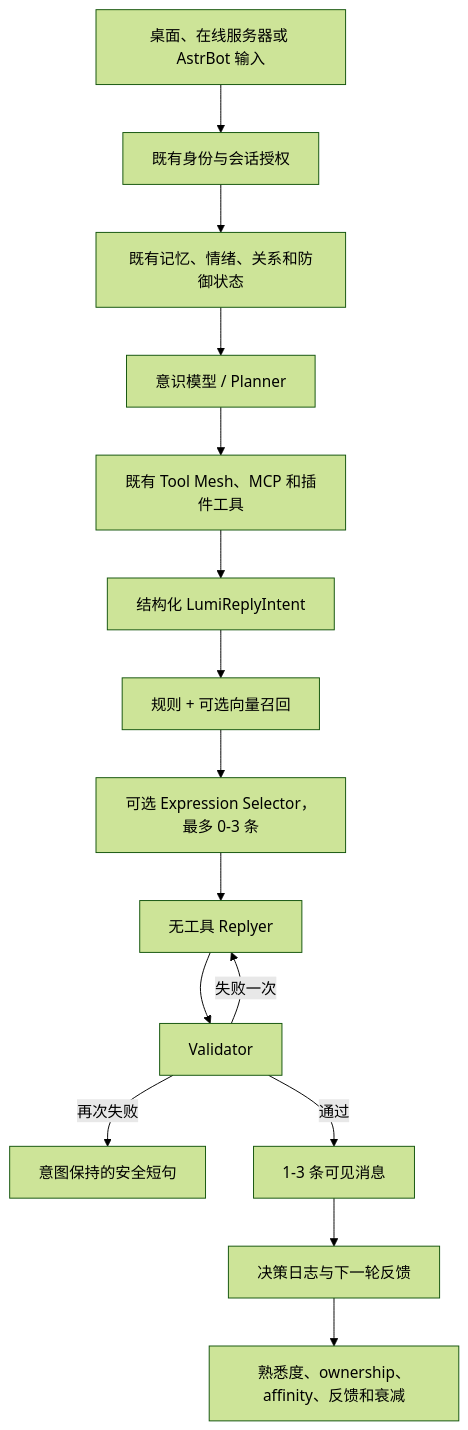
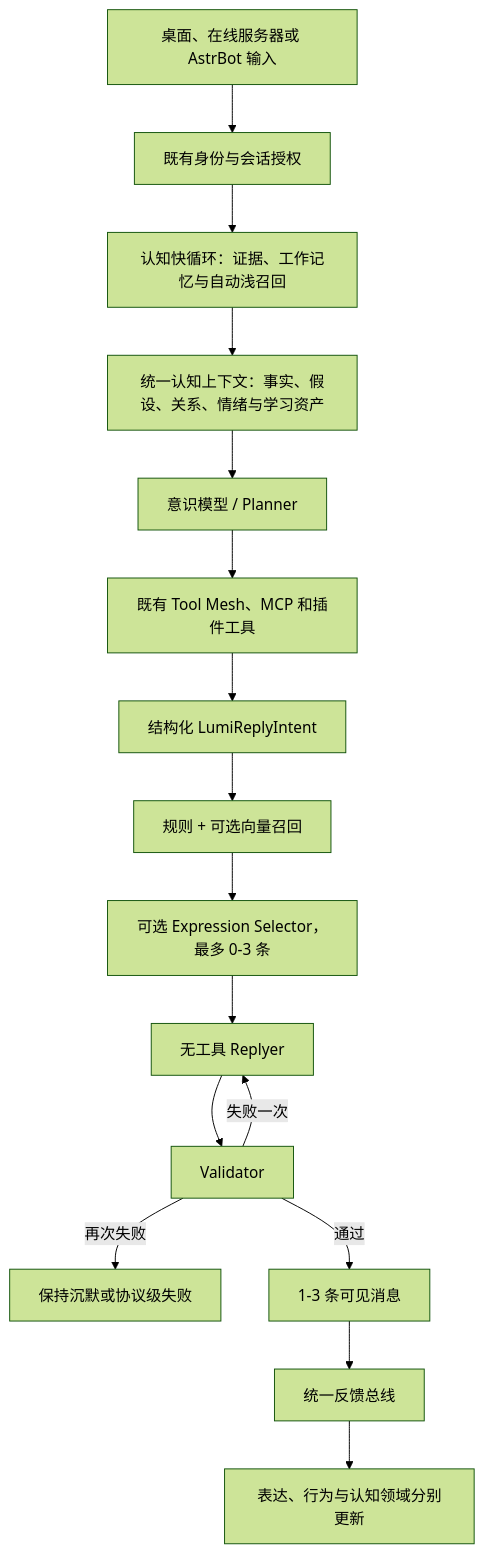
The diagram in docs/lumi/social-language-system.md (abcdi000/airi), drawn with Mermaid (forest theme) before and after one commit. The commit also changed other lines of this file and 16 other files, not shown here.

````diff
--- a/docs/lumi/social-language-system.md
+++ b/docs/lumi/social-language-system.md
@@ -24,17 +24,18 @@
 ```mermaid
 flowchart TD
   A["桌面、在线服务器或 AstrBot 输入"] --> B["既有身份与会话授权"]
-  B --> C["既有记忆、情绪、关系和防御状态"]
-  C --> D["意识模型 / Planner"]
-  D --> E["既有 Tool Mesh、MCP 和插件工具"]
-  E --> F["结构化 LumiReplyIntent"]
-  F --> G["规则 + 可选向量召回"]
-  G --> H["可选 Expression Selector，最多 0-3 条"]
-  H --> I["无工具 Replyer"]
-  I --> J["Validator"]
-  J -->|失败一次| I
-  J -->|再次失败| K["意图保持的安全短句"]
-  J -->|通过| L["1-3 条可见消息"]
-  L --> M["决策日志与下一轮反馈"]
-  M --> N["熟悉度、ownership、affinity、反馈和衰减"]
+  B --> C["认知快循环：证据、工作记忆与自动浅召回"]
+  C --> D["统一认知上下文：事实、假设、关系、情绪与学习资产"]
+  D --> E["意识模型 / Planner"]
+  E --> F["既有 Tool Mesh、MCP 和插件工具"]
+  F --> G["结构化 LumiReplyIntent"]
+  G --> H["规则 + 可选向量召回"]
+  H --> I["可选 Expression Selector，最多 0-3 条"]
+  I --> J["无工具 Replyer"]
+  J --> K["Validator"]
+  K -->|失败一次| J
+  K -->|再次失败| L["保持沉默或协议级失败"]
+  K -->|通过| M["1-3 条可见消息"]
+  M --> N["统一反馈总线"]
+  N --> O["表达、行为与认知领域分别更新"]
 ```
````
